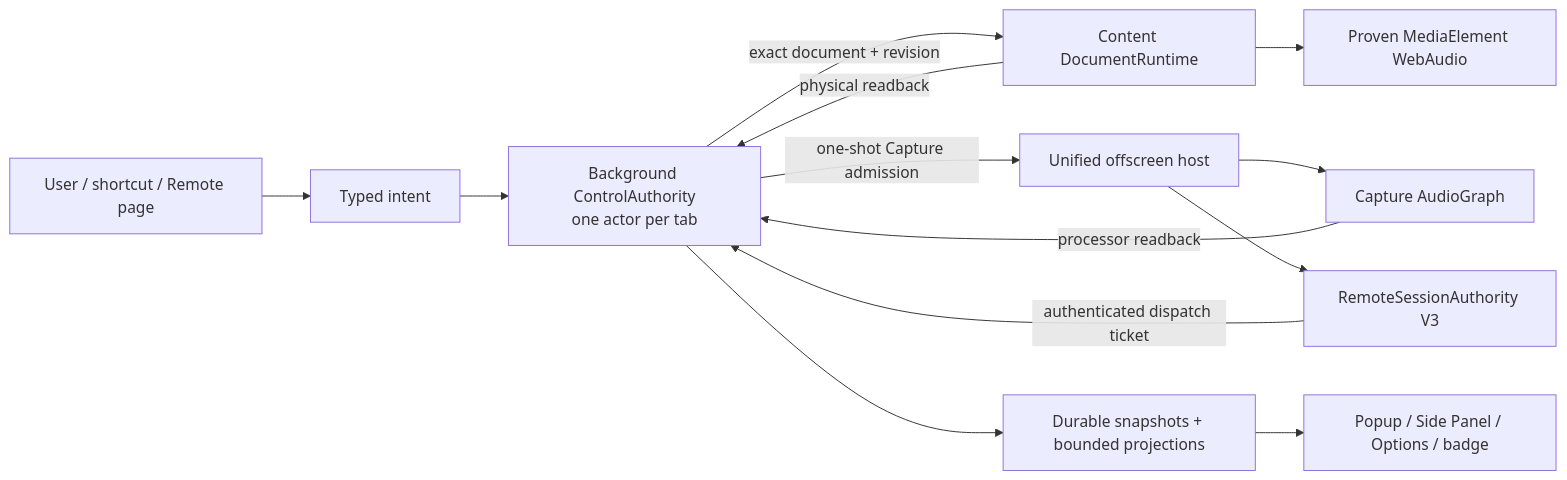
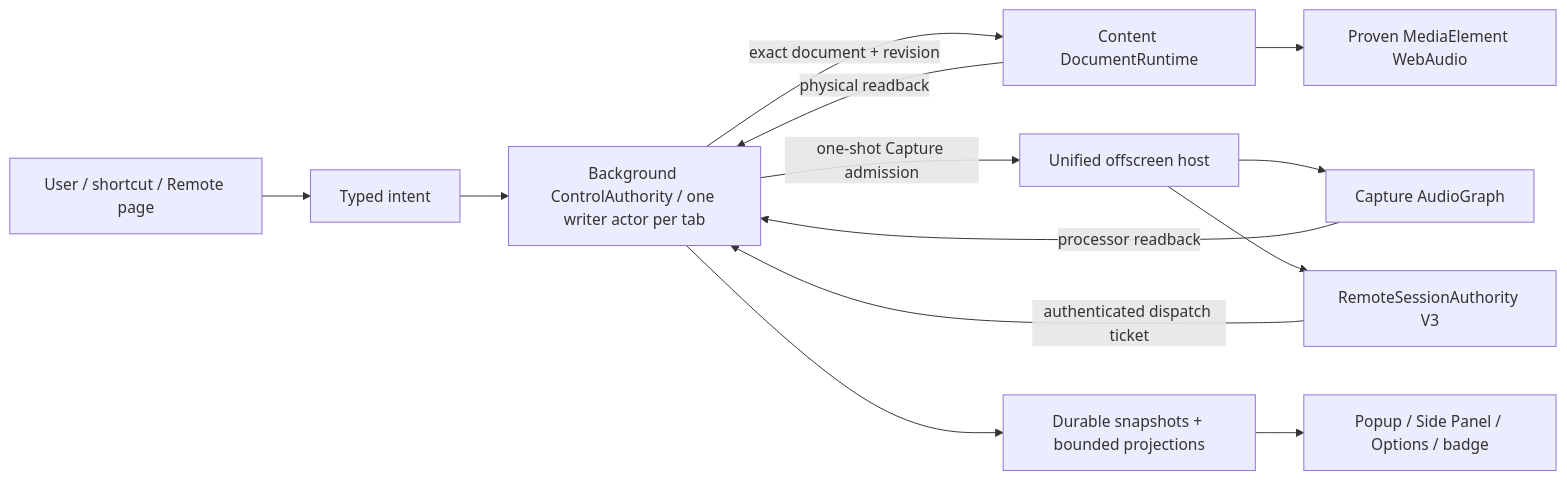
One commit to QzCrane/nexus changed the first of 6 diagrams in nexus/apps/extension-spectra/docs/architecture/runtime.md. Above: the diagram before and after it, drawn with Mermaid. The commit also changed other lines of this file and 96 other files, not shown here.

````diff
--- a/nexus/apps/extension-spectra/docs/architecture/runtime.md
+++ b/nexus/apps/extension-spectra/docs/architecture/runtime.md
@@ -25,15 +25,15 @@
 ```mermaid
 flowchart LR
   User["User / shortcut / Remote page"] --> Intent["Typed intent"]
-  Intent --> BG["Background ControlAuthority<br/>one actor per tab"]
+  Intent --> BG["Background ControlAuthority / one writer actor per tab"]
   BG -->|"exact document + revision"| Content["Content DocumentRuntime"]
   Content --> PageAudio["Proven MediaElement WebAudio"]
   BG -->|"one-shot Capture admission"| Offscreen["Unified offscreen host"]
   Offscreen --> Audio["Capture AudioGraph"]
   Offscreen --> Remote["RemoteSessionAuthority V3"]
   Content -->|"physical readback"| BG
   Audio -->|"processor readback"| BG
   Remote -->|"authenticated dispatch ticket"| BG
   BG --> Snapshot["Durable snapshots + bounded projections"]
   Snapshot --> UI["Popup / Side Panel / Options / badge"]
 ```
````
